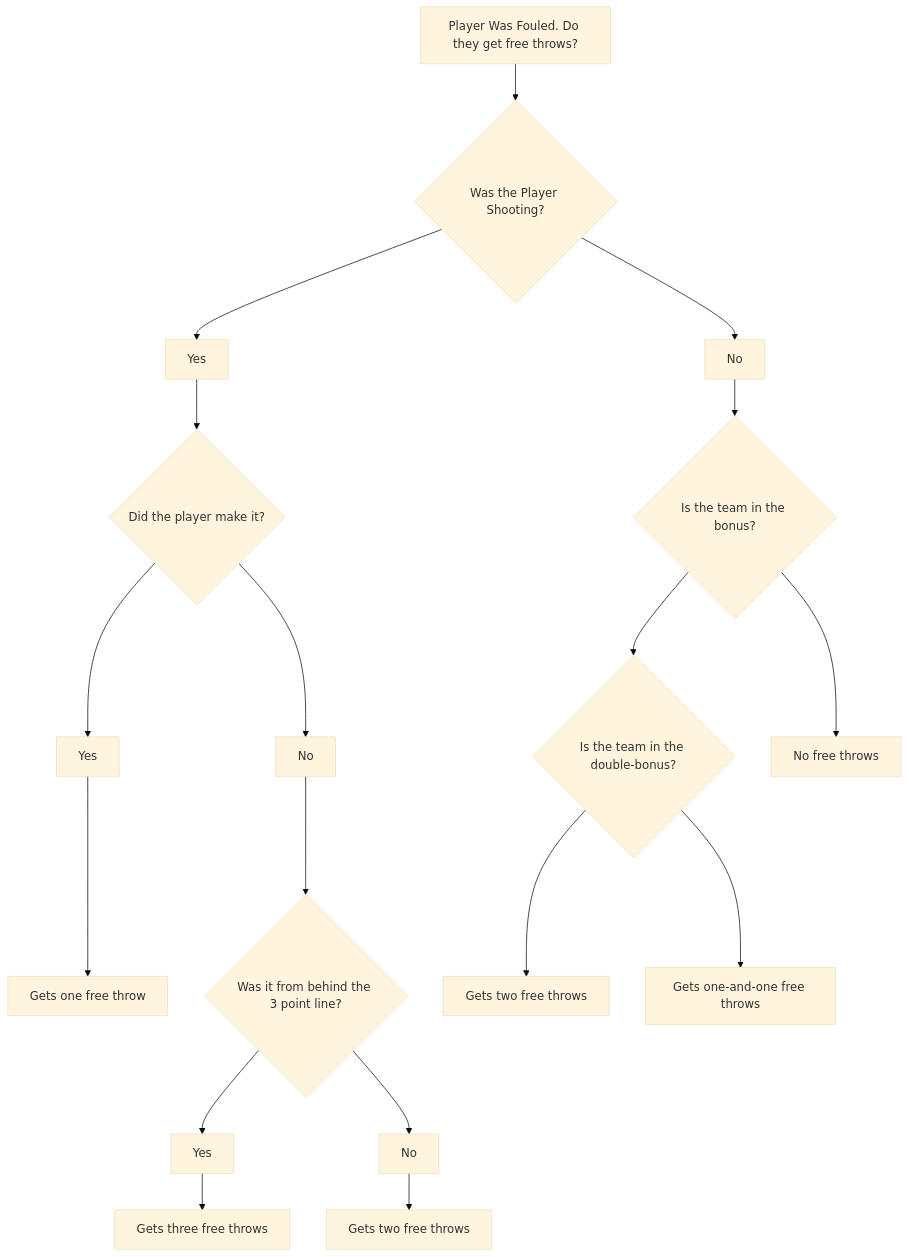
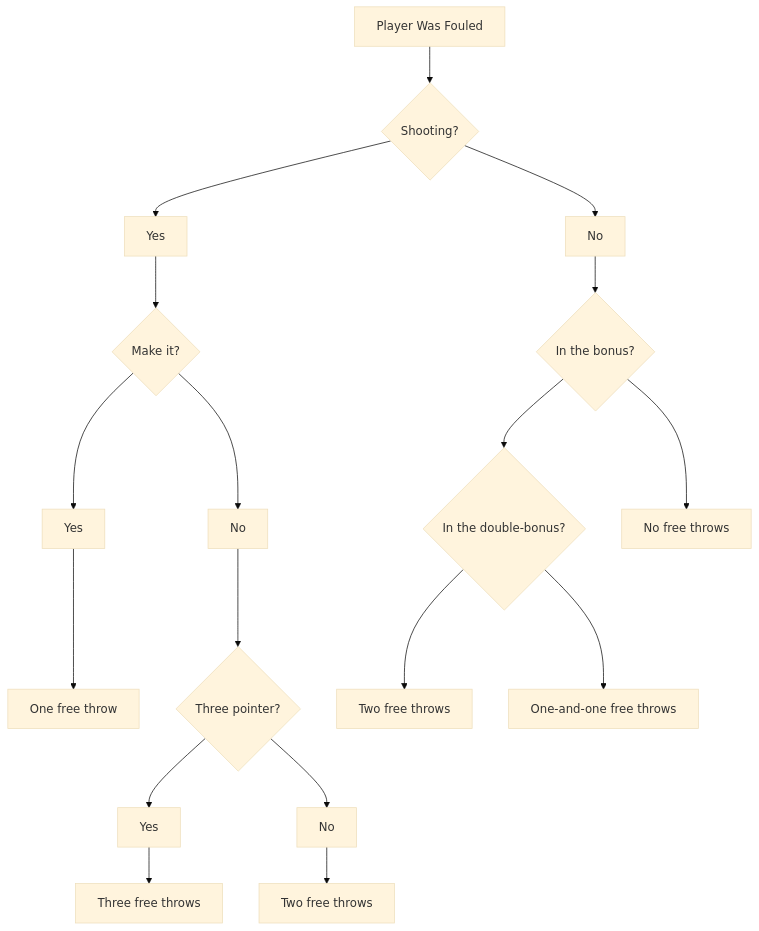
One commit to jakep36/basketball_foul_programming_blog changed the diagram in foulshot.md. Above: the diagram before and after it, drawn with Mermaid (base theme). The commit also changed other lines of this file, not shown here.

Commit message:
chart mod

````diff
--- a/foulshot.md
+++ b/foulshot.md
@@ -1,21 +5,21 @@
 ```mermaid
 flowchart TD
-  A[Player Was Fouled. Do they get free throws?]
-  A -->fouled{Was the Player Shooting?}
+  A[Player Was Fouled]
+  A -->fouled{Shooting?}
   fouled --> shooting[Yes]
   fouled --> not-shooting[No]
-  shooting --> make-it{Did the player make it?}
+  shooting --> make-it{Make it?}
   make-it --> made-it[Yes]
   make-it --> missed-it[No]
-  made-it --> shot[Gets one free throw]
-  missed-it --> three{Was it from behind the 3 point line?}
+  made-it --> shot[One free throw]
+  missed-it --> three{Three pointer?}
   three --> yes-three[Yes]
   three --> no-three[No]
-  yes-three --> three-shots[Gets three free throws]
-  no-three --> two-shots[Gets two free throws]
-  not-shooting --> bonus{Is the team in the bonus?}
-  bonus --> yes-bonus{Is the team in the double-bonus?}
-  yes-bonus --> yes-double-bonus[Gets two free throws]
-  yes-bonus --> no-double-bonus[Gets one-and-one free throws]
+  yes-three --> three-shots[Three free throws]
+  no-three --> two-shots[Two free throws]
+  not-shooting --> bonus{In the bonus?}
+  bonus --> yes-bonus{In the double-bonus?}
+  yes-bonus --> yes-double-bonus[Two free throws]
+  yes-bonus --> no-double-bonus[One-and-one free throws]
   bonus --> no-bonus[No free throws]
 ```
````
